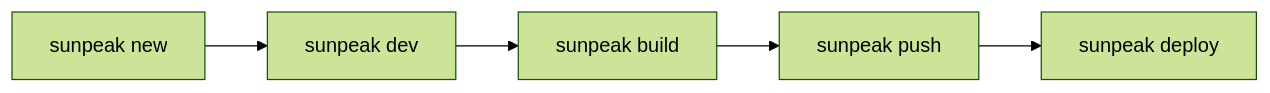
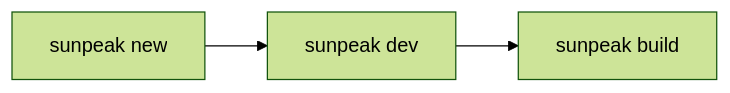
The diagram in docs/cli/lifecycle.mdx (Sunpeak-AI/sunpeak), drawn with Mermaid (forest theme) before and after one commit. The commit also changed other lines of this file and 29 other files, not shown here.

````diff
--- a/docs/cli/lifecycle.mdx
+++ b/docs/cli/lifecycle.mdx
@@ -12,7 +12,5 @@
 ```mermaid
 flowchart LR
     A[sunpeak new] --> B[sunpeak dev]
     B --> C[sunpeak build]
-    C --> D[sunpeak push]
-    D --> E[sunpeak deploy]
 ```
````
